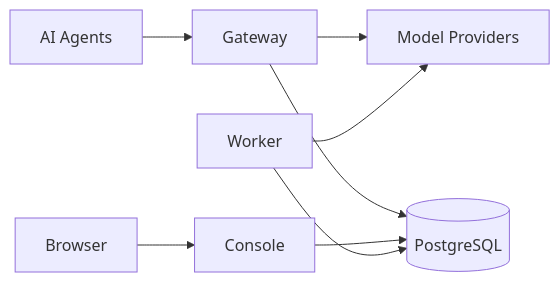
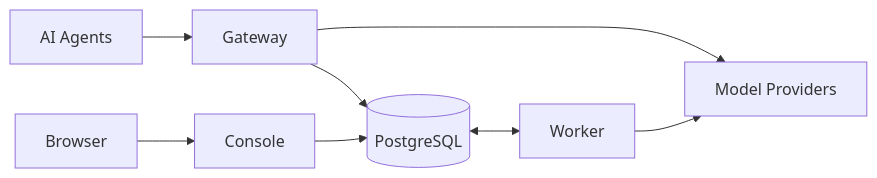
Before and after one commit to IamNotShady/LLMIngress: the diagram in README.md, drawn with Mermaid.

Commit message:
docs: clarify architecture diagram

````diff
--- a/README.md
+++ b/README.md
@@ -120,9 +120,7 @@
 ```mermaid
 flowchart LR
   agents[AI Agents] --> gateway[Gateway] --> providers[Model Providers]
-  browser[Browser] --> console[Console]
-  gateway --> db[(PostgreSQL)]
-  console --> db
-  worker[Worker] --> db
+  browser[Browser] --> console[Console] --> db[(PostgreSQL)] <--> worker[Worker]
+  gateway --> db
   worker --> providers
 ```
````
